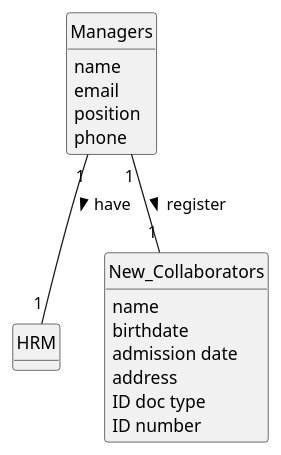
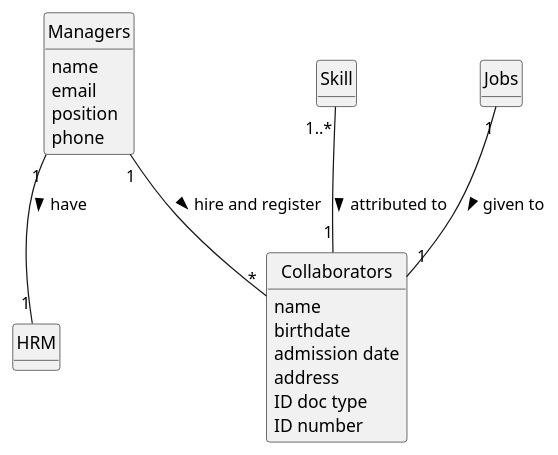
Before and after one commit to Departamento-de-Engenharia-Informatica/lei-24-s2-1df-1de-g063: the diagram in Sprint B/docs/SprintB/us003/02.analysis/puml/us003-domain-model.puml, drawn with PlantUML. The commit also changed 9 other files, not shown here.

```diff
--- a/Sprint B/docs/SprintB/us003/02.analysis/puml/us003-domain-model.puml
+++ b/Sprint B/docs/SprintB/us003/02.analysis/puml/us003-domain-model.puml
@@ -1,36 +1,38 @@
 @startuml
 skinparam monochrome true
 skinparam packageStyle rectangle
 skinparam shadowing false
 
 'left to right direction
 
 skinparam classAttributeIconSize 0
 
 hide circle
 hide methods
 
 'title Domain Model
 
 
 class Managers {
     name
     email
     position
     phone
 }
 class HRM{
 }
-class New_Collaborators{
+class Collaborators{
     name
     birthdate
     admission date
     address
     contact info (mobile and email)
     ID doc type
     ID number
 }
-Managers "1" -- "1" New_Collaborators : register >
+Skill "1..*" -- "1"Collaborators: attributed to >
+Jobs "1" -- "1"Collaborators: given to >
+Managers "1"-- "*"Collaborators: hire and register >
 Managers "1" -- "1" HRM : have >
 
 @enduml
```
